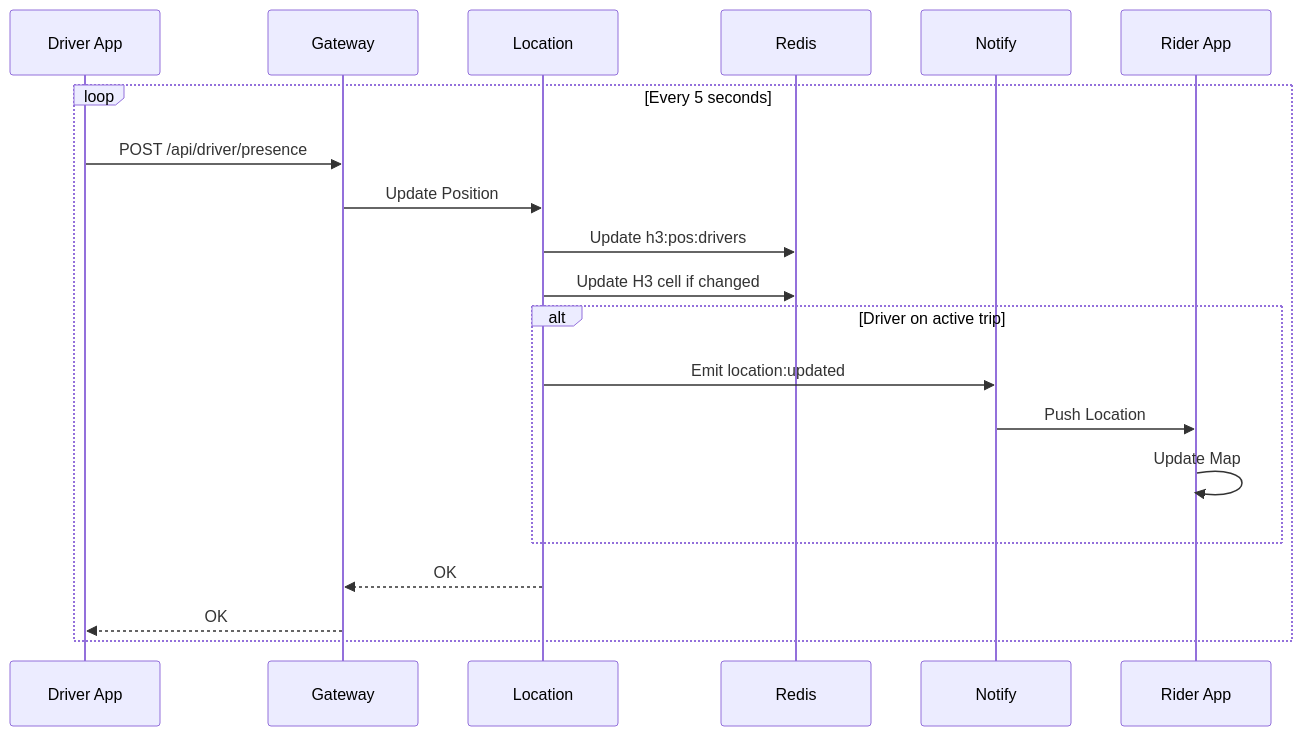
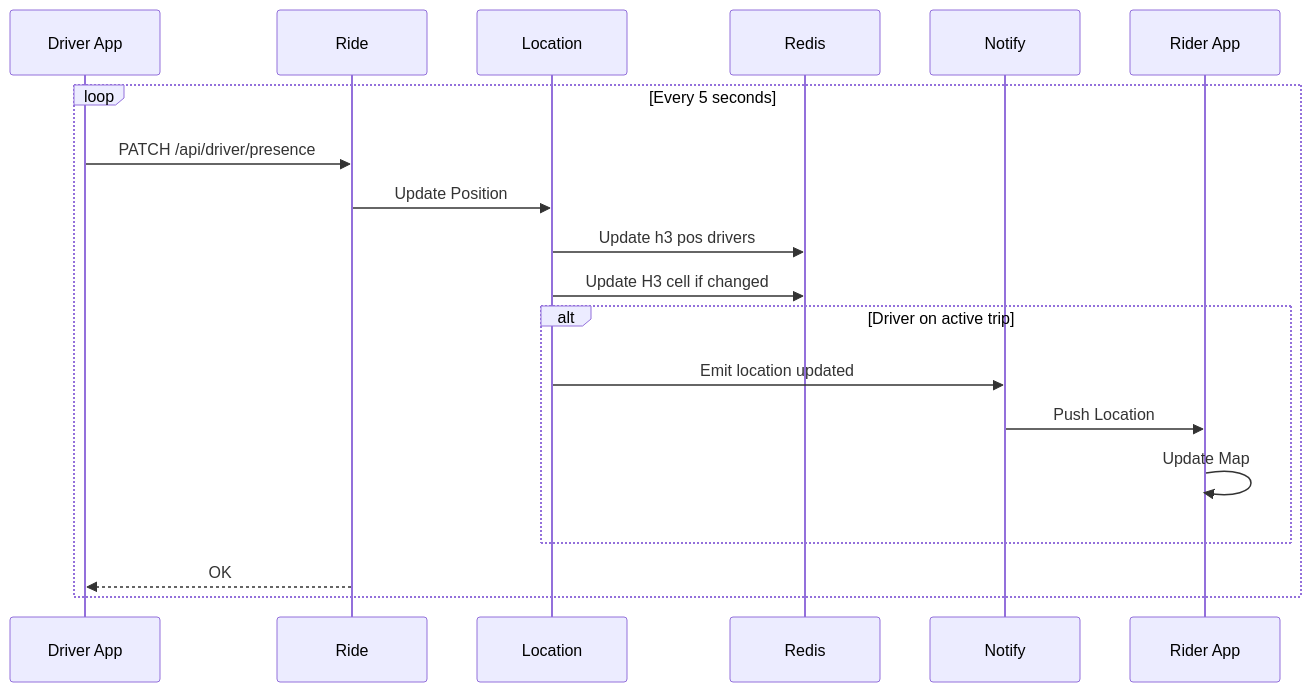
One commit to 13x54n/Eve changed the eighth of 11 diagrams in ARCHITECTURE.md. Above: the diagram before and after it, drawn with Mermaid. The commit also changed other lines of this file and 54 other files, not shown here.

````diff
--- a/ARCHITECTURE.md
+++ b/ARCHITECTURE.md
@@ -538,25 +525,24 @@
 ```mermaid
 sequenceDiagram
     participant Driver as Driver App
-    participant Gateway
+    participant Ride
     participant Location
     participant Redis
     participant Notify
     participant Rider as Rider App
 
     loop Every 5 seconds
-        Driver->>Gateway: POST /api/driver/presence
-        Gateway->>Location: Update Position
-        Location->>Redis: Update h3:pos:drivers
+        Driver->>Ride: PATCH /api/driver/presence
+        Ride->>Location: Update Position
+        Location->>Redis: Update h3 pos drivers
         Location->>Redis: Update H3 cell if changed
-        
+
         alt Driver on active trip
-            Location->>Notify: Emit location:updated
+            Location->>Notify: Emit location updated
             Notify->>Rider: Push Location
             Rider->>Rider: Update Map
         end
-        
-        Location-->>Gateway: OK
-        Gateway-->>Driver: OK
+
+        Ride-->>Driver: OK
     end
 ```
````
